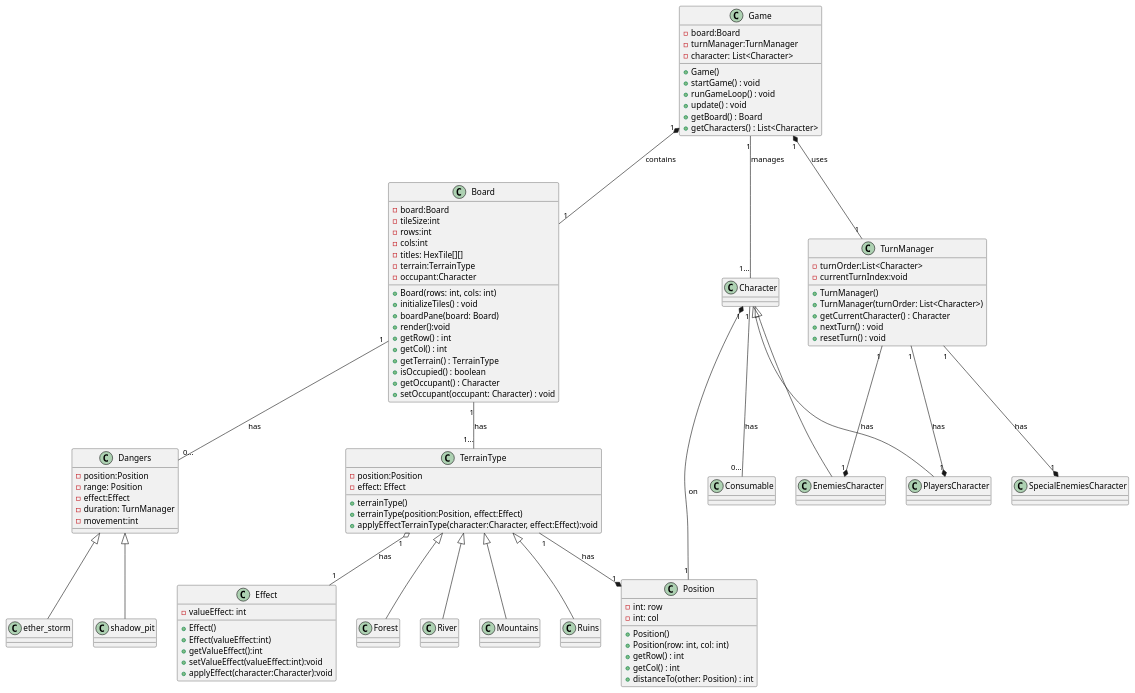
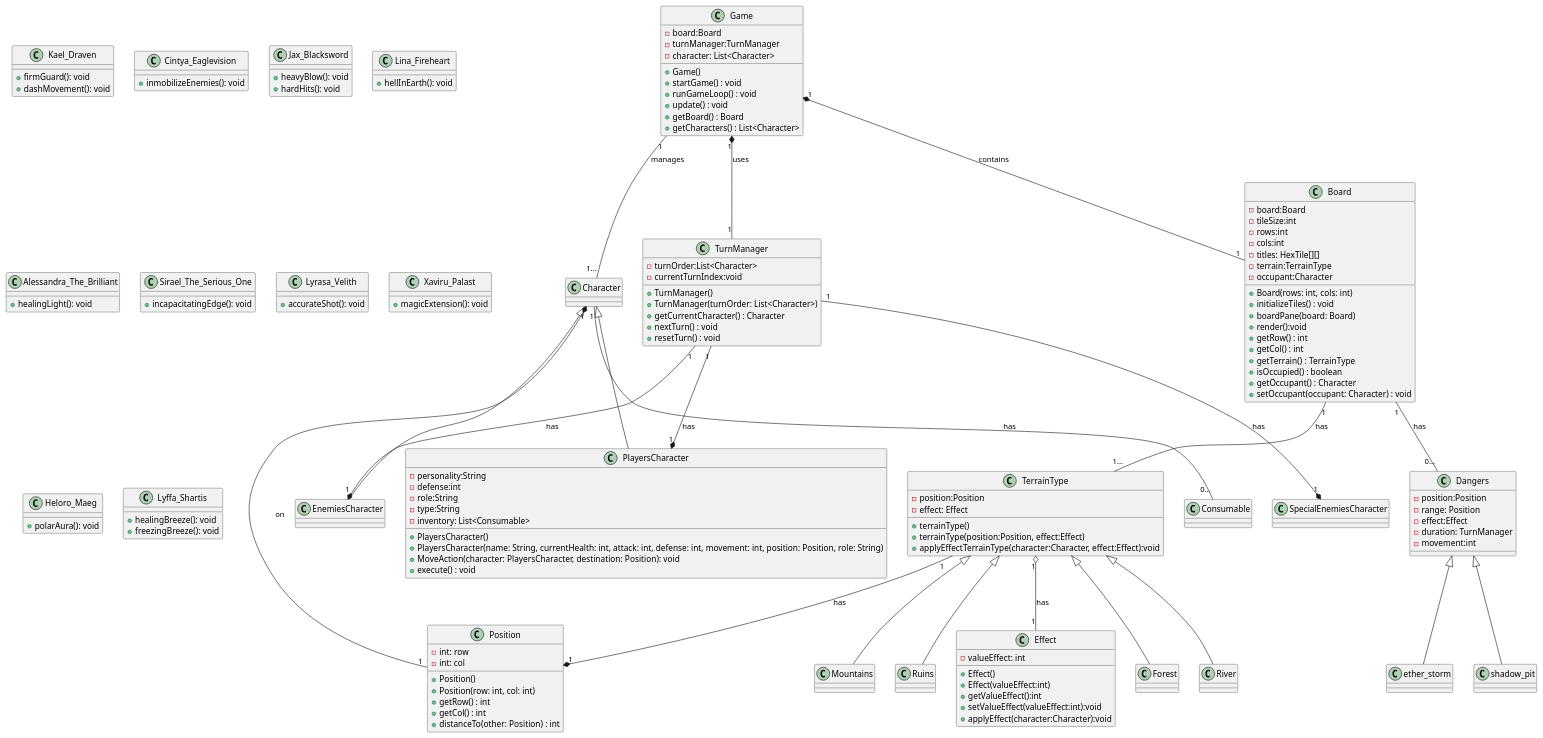
One commit to yosbel-penate/harry.castillo-Proyecto-DPOO-2025 changed the diagram in Docs/Diagram/ObjectDiagram.puml. Above: the diagram before and after it, drawn with PlantUML.

Commit message:
Actualizar ObjectDiagram.puml

```diff
--- a/Docs/Diagram/ObjectDiagram.puml
+++ b/Docs/Diagram/ObjectDiagram.puml
@@ -1,119 +1,166 @@
 @startuml
   Game "1" *-- "1" Board : contains
   Game "1" -- "1..." Character : manages
   Game "1" *-- "1" TurnManager : uses
   Character <|-- PlayersCharacter
   Character <|-- EnemiesCharacter
   Character "1" -- "0..." Consumable : has
   Character"1" *-- "1"Position:on
   TurnManager"1" --* "1"PlayersCharacter: has
   TurnManager"1" --* "1" EnemiesCharacter: has
   TurnManager"1" --* "1" SpecialEnemiesCharacter: has
 
 
 
  class Game {
      -board:Board
      -turnManager:TurnManager
      -character: List<Character>
      +Game()
      +startGame() : void
      +runGameLoop() : void
      +update() : void
      +getBoard() : Board
      +getCharacters() : List<Character>
  }
 
  class Board {
      -board:Board
      -tileSize:int
      -rows:int
      -cols:int
      -titles: HexTile[][]
      -terrain:TerrainType
      -occupant:Character
      +Board(rows: int, cols: int)
      +initializeTiles() : void
      +boardPane(board: Board)
      +render():void
      +getRow() : int
      +getCol() : int
      +getTerrain() : TerrainType
      +isOccupied() : boolean
      +getOccupant() : Character
      +setOccupant(occupant: Character) : void
  }
 
  class Effect{
     -valueEffect: int
     +Effect()
     +Effect(valueEffect:int)
     +getValueEffect():int
     +setValueEffect(valueEffect:int):void
     +applyEffect(character:Character):void
  }
 
  TerrainType<|-down- Forest
   TerrainType<|-down- River
   TerrainType<|-down- Mountains
   TerrainType<|-down- Ruins
   TerrainType"1" o-- "1"Effect:has
   TerrainType"1" --* "1"Position:has
 
   class TerrainType{
       -position:Position
       -effect: Effect
       +terrainType()
       +terrainType(position:Position, effect:Effect)
       +applyEffectTerrainType(character:Character, effect:Effect):void
   }
   class Forest{
   }
   class River{
   }
   class Mountains{
   }
   class Ruins{
   }
 
   Board"1" -- "0..."Dangers:has
   Board"1" --"1..." TerrainType:has
 
 
   Dangers <|-- ether_storm
   Dangers <|-- shadow_pit
 
   class Dangers{
   -position:Position
   -range: Position
   -effect:Effect
   -duration: TurnManager
   -movement:int
   }
   class ether_storm{
   }
   class shadow_pit{
   }
 
 
   class Position {
       -int: row
       -int: col
       +Position()
       +Position(row: int, col: int)
       +getRow() : int
       +getCol() : int
       +distanceTo(other: Position) : int
   }
 
   class TurnManager {
       -turnOrder:List<Character>
       -currentTurnIndex:void
       +TurnManager()
       +TurnManager(turnOrder: List<Character>)
       +getCurrentCharacter() : Character
       +nextTurn() : void
       +resetTurn() : void
   }
+  class PlayersCharacter {
+     -personality:String
+     -defense:int
+     -role:String
+     -type:String
+     -inventory: List<Consumable>
+     +PlayersCharacter()
+     +PlayersCharacter(name: String, currentHealth: int, attack: int, defense: int, movement: int, position: Position, role: String)
+     +MoveAction(character: PlayersCharacter, destination: Position): void
+     +execute() : void
+
+ }
+ class Kael_Draven{
+
+ + firmGuard(): void
+ + dashMovement(): void
+ }
+
+ class Cintya_Eaglevision{
+ + inmobilizeEnemies(): void
+ }
+ class Jax_Blacksword{
+ + heavyBlow(): void
+ + hardHits(): void
+ }
+ class Lina_Fireheart{
+ + hellInEarth(): void
+ }
+ class Alessandra_The_Brilliant{
+ + healingLight(): void
+ }
+ class Sirael_The_Serious_One{
+ + incapacitatingEdge(): void
+ }
+ class Lyrasa_Velith{
+ + accurateShot(): void
+ }
+ class Xaviru_Palast{
+ + magicExtension(): void
+ }
+ class Heloro_Maeg{
+ + polarAura(): void
+ }
+ class Lyffa_Shartis{
+ + healingBreeze(): void
+ + freezingBreeze(): void
+ }
 
 @enduml
```
